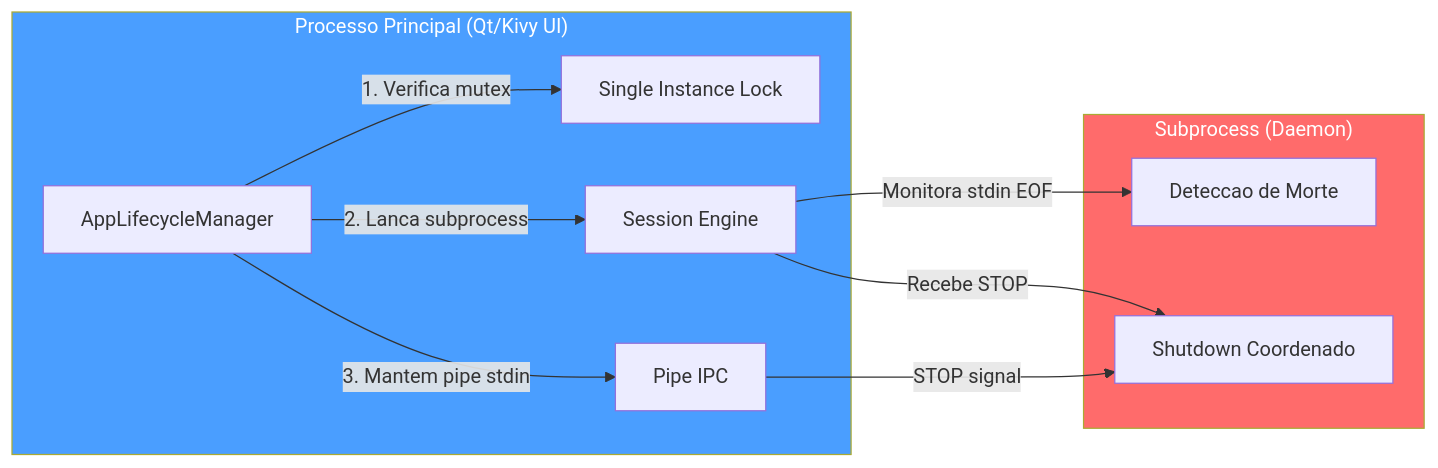
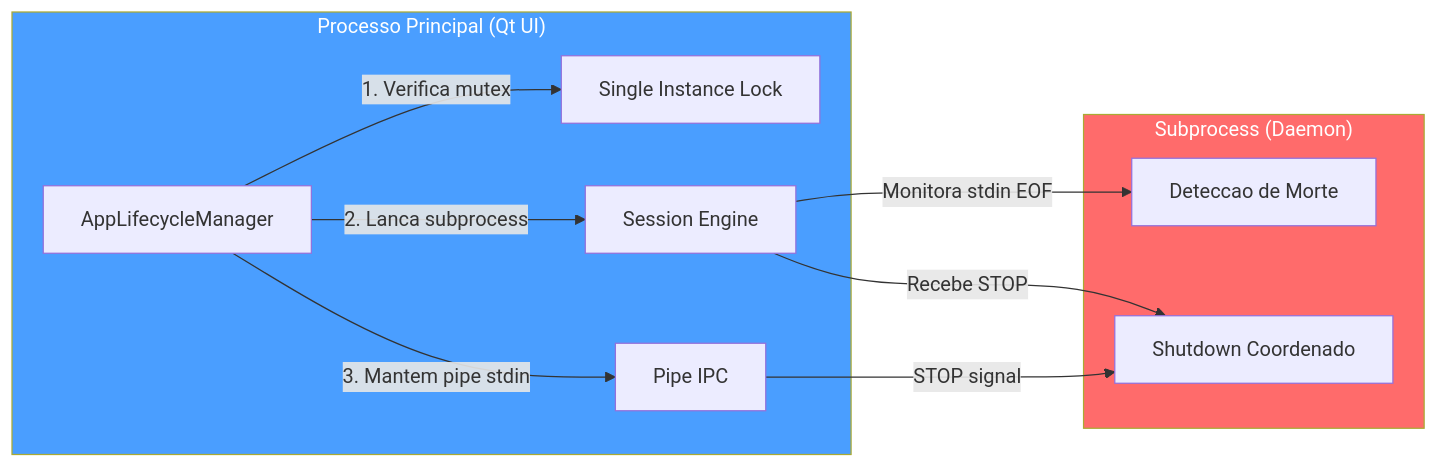
One commit to renanaugustomacena-ux/Counter-Strike-coach-AI changed the tenth of 53 diagrams in docs/books/Book-Coach-3-pt.md. Above: the diagram before and after it, drawn with Mermaid. The commit also changed other lines of this file and 2 other files, not shown here.

First line of the commit message:
docs: update Book-Coach-3 trilogy — remove Kivy, fix screen/test counts

````diff
--- a/docs/books/Book-Coach-3-pt.md
+++ b/docs/books/Book-Coach-3-pt.md
@@ -710,16 +674,16 @@
 ```mermaid
 flowchart LR
-    subgraph MAIN["Processo Principal (Qt/Kivy UI)"]
+    subgraph MAIN["Processo Principal (Qt UI)"]
         LIFE["AppLifecycleManager"]
         LIFE -->|"1. Verifica mutex"| LOCK["Single Instance Lock"]
         LIFE -->|"2. Lanca subprocess"| DAEMON["Session Engine"]
         LIFE -->|"3. Mantem pipe stdin"| PIPE["Pipe IPC"]
     end
     subgraph BG["Subprocess (Daemon)"]
         DAEMON -->|"Monitora stdin EOF"| DETECT["Deteccao de Morte"]
         DAEMON -->|"Recebe STOP"| SHUT["Shutdown Coordenado"]
     end
     PIPE -->|"STOP signal"| SHUT
     style MAIN fill:#4a9eff,color:#fff
     style BG fill:#ff6b6b,color:#fff
 ```
````
